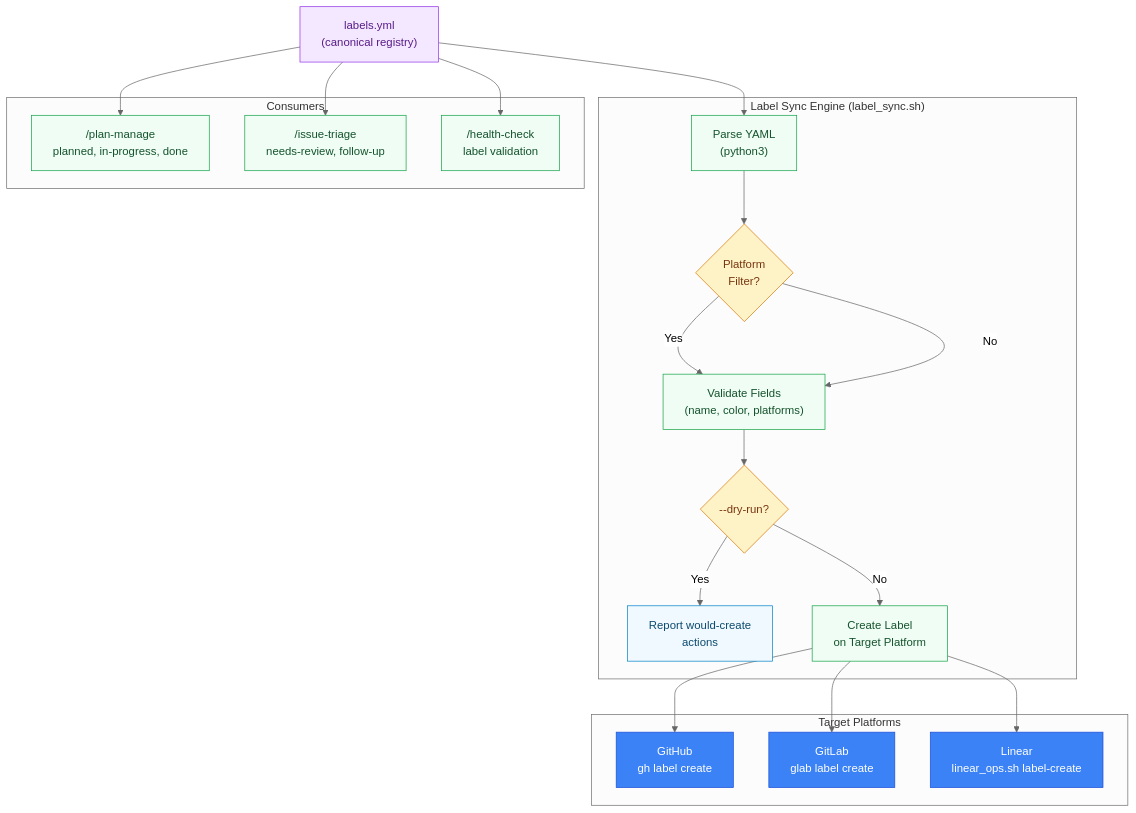
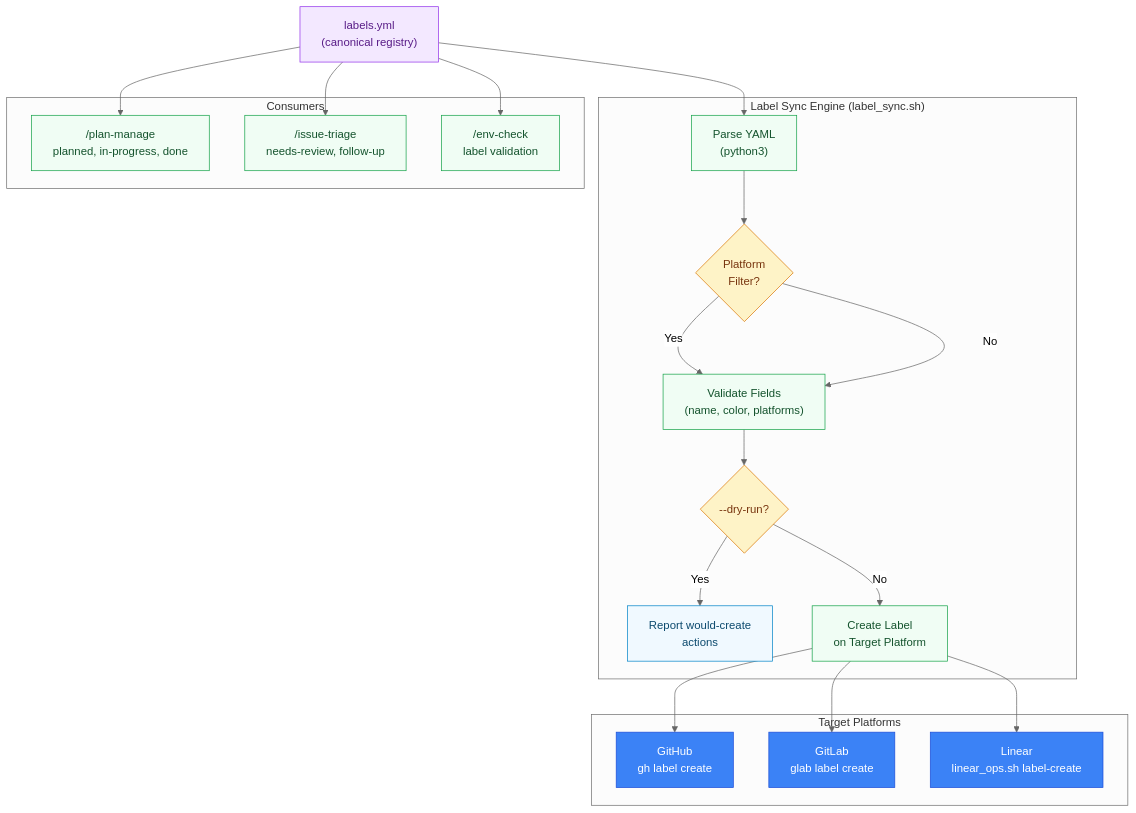
One commit to RB-chrismandich/Manifest changed diagram 18 of 19 in docs/ARCHITECTURE_DIAGRAMS.md. Above: the diagram before and after it, drawn with Mermaid. The commit also changed other lines of this file and 249 other files, not shown here.

````diff
--- a/docs/ARCHITECTURE_DIAGRAMS.md
+++ b/docs/ARCHITECTURE_DIAGRAMS.md
@@ -1461,46 +1461,46 @@
 ```mermaid
 %%{init: {'theme':'neutral'}}%%
 flowchart TB
     classDef registry fill:#f3e8ff,stroke:#9333ea,color:#581c87
     classDef script fill:#f0fdf4,stroke:#16a34a,color:#14532d
     classDef platform fill:#3b82f6,stroke:#1d4ed8,color:#fff
     classDef decision fill:#fef3c7,stroke:#d97706,color:#78350f
     classDef output fill:#f0f9ff,stroke:#0284c7,color:#0c4a6e
 
     LABELS["labels.yml<br/>(canonical registry)"]:::registry
 
     subgraph "Label Sync Engine (label_sync.sh)"
         PARSE["Parse YAML<br/>(python3)"]:::script
         FILTER{"Platform<br/>Filter?"}:::decision
         VALIDATE["Validate Fields<br/>(name, color, platforms)"]:::script
         DRY_CHECK{"--dry-run?"}:::decision
         DRY_OUT["Report would-create<br/>actions"]:::output
         PROVISION["Create Label<br/>on Target Platform"]:::script
     end
 
     subgraph "Target Platforms"
         GH["GitHub<br/>gh label create"]:::platform
         GL["GitLab<br/>glab label create"]:::platform
         LIN["Linear<br/>linear_ops.sh label-create"]:::platform
     end
 
     subgraph "Consumers"
         PLAN["/plan-manage<br/>planned, in-progress, done"]:::script
         TRIAGE["/issue-triage<br/>needs-review, follow-up"]:::script
-        HEALTH["/health-check<br/>label validation"]:::script
+        HEALTH["/env-check<br/>label validation"]:::script
     end
 
     LABELS --> PARSE
     PARSE --> FILTER
     FILTER -->|Yes| VALIDATE
     FILTER -->|No| VALIDATE
     VALIDATE --> DRY_CHECK
     DRY_CHECK -->|Yes| DRY_OUT
     DRY_CHECK -->|No| PROVISION
     PROVISION --> GH
     PROVISION --> GL
     PROVISION --> LIN
     LABELS --> PLAN
     LABELS --> TRIAGE
     LABELS --> HEALTH
 ```
````
